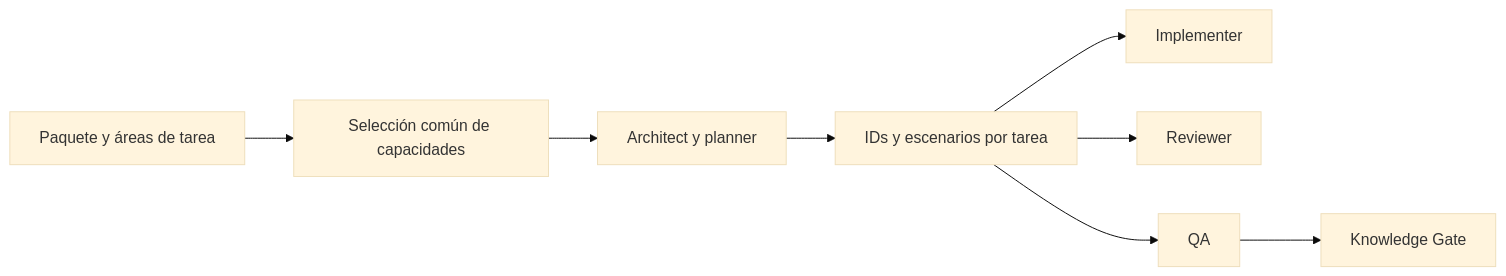
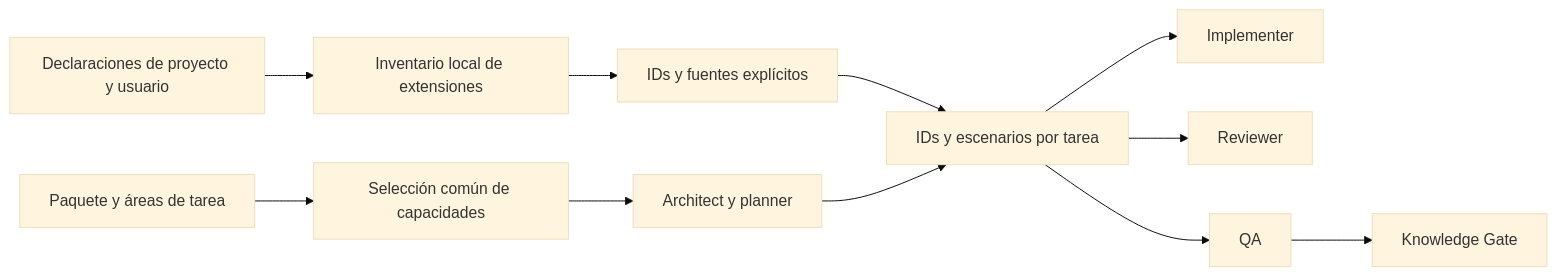
The second of 14 diagrams in docs/FLOWS.md (daycry/custom-agents), drawn with Mermaid (base theme) before and after one commit. The commit also changed other lines of this file and 53 other files, not shown here.

````diff
--- a/docs/FLOWS.md
+++ b/docs/FLOWS.md
@@ -39,10 +45,13 @@
 ```mermaid
 flowchart LR
   Paquete[Paquete y áreas de tarea] --> Seleccion[Selección común de capacidades]
+  Propias[Declaraciones de proyecto y usuario] --> Lector[Inventario local de extensiones]
+  Lector --> Eleccion[IDs y fuentes explícitos]
+  Eleccion --> Ledger
   Seleccion --> Diseno[Architect y planner]
   Diseno --> Ledger[IDs y escenarios por tarea]
   Ledger --> Implementacion[Implementer]
   Ledger --> Revision[Reviewer]
   Ledger --> Pruebas[QA]
   Pruebas --> Memoria[Knowledge Gate]
 ```
````
